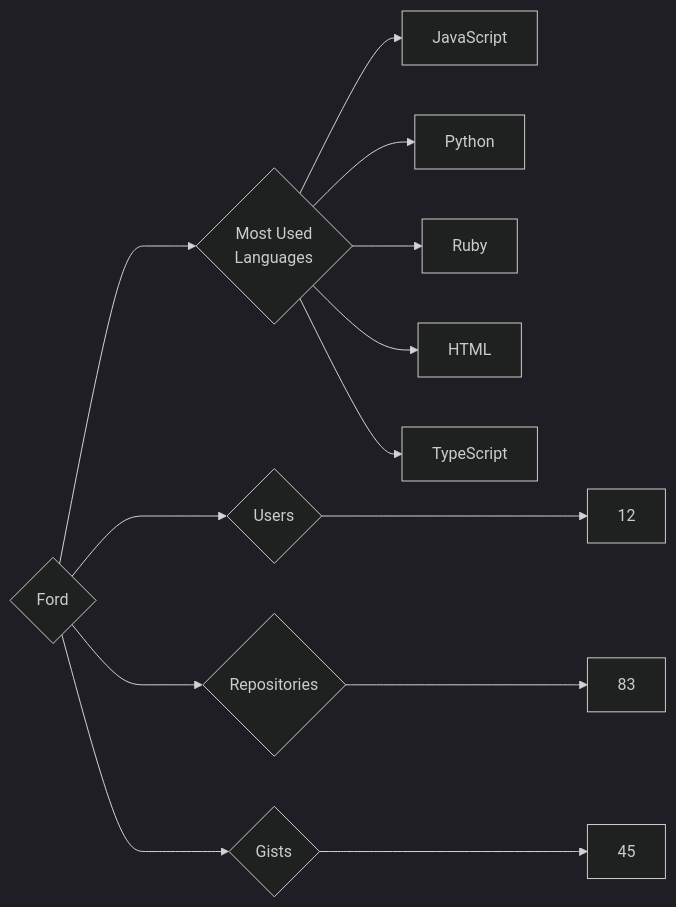
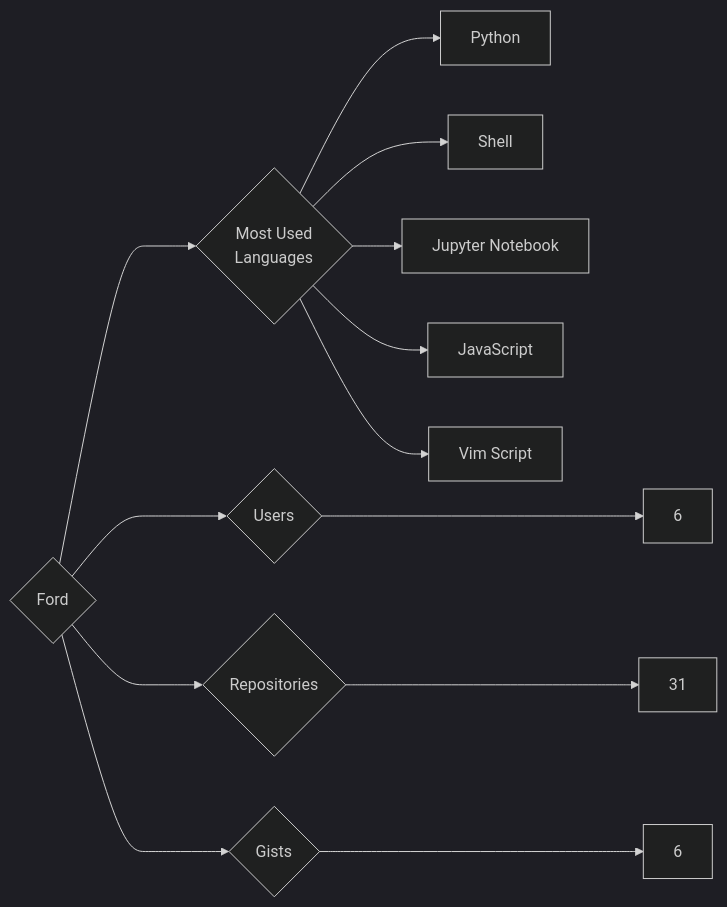
The diagram in targets/Ford/README.md (trickest/insiders), drawn with Mermaid (dark theme) before and after one commit. The commit also changed 1195 other files, not shown here.

````diff
--- a/targets/Ford/README.md
+++ b/targets/Ford/README.md
@@ -3,13 +3,13 @@
 ```mermaid
 graph LR
 COMPANY_NAME{Ford}
-COMPANY_NAME ---> U{Users} ---> UN[12]
-COMPANY_NAME ---> R{Repositories} ---> RN[83]
-COMPANY_NAME ---> G{Gists} ---> GN[45]
+COMPANY_NAME ---> U{Users} ---> UN[6]
+COMPANY_NAME ---> R{Repositories} ---> RN[31]
+COMPANY_NAME ---> G{Gists} ---> GN[6]
 COMPANY_NAME ---> ML{Most Used<br>Languages}
+ML --> Python[Python]
+ML --> Shell[Shell]
+ML --> Jupyter_Notebook[Jupyter Notebook]
 ML --> JavaScript[JavaScript]
-ML --> Python[Python]
-ML --> Ruby[Ruby]
-ML --> HTML[HTML]
-ML --> TypeScript[TypeScript]
+ML --> Vim_Script[Vim Script]
 ```
````
